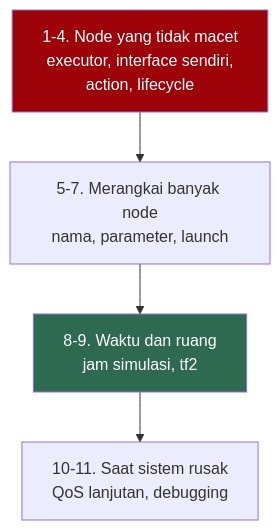
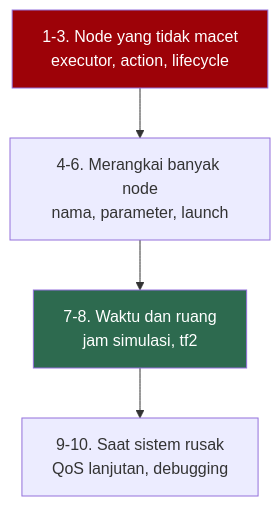
One commit to kcv-if/Modul-Robotika changed the first of 4 diagrams in ROS 2/lanjutan-ros2.md. Above: the diagram before and after it, drawn with Mermaid. The commit also changed other lines of this file and 1 other file, not shown here.

First line of the commit message:
docs: move custom interfaces from lanjutan to dasar ros2

````diff
--- a/ROS 2/lanjutan-ros2.md
+++ b/ROS 2/lanjutan-ros2.md
@@ -11,9 +11,9 @@
 ```mermaid
 graph TD
-    A["1-4. Node yang tidak macet<br/>executor, interface sendiri,<br/>action, lifecycle"] --> B["5-7. Merangkai banyak node<br/>nama, parameter, launch"]
-    B --> C["8-9. Waktu dan ruang<br/>jam simulasi, tf2"]
-    C --> D["10-11. Saat sistem rusak<br/>QoS lanjutan, debugging"]
+    A["1-3. Node yang tidak macet<br/>executor, action, lifecycle"] --> B["4-6. Merangkai banyak node<br/>nama, parameter, launch"]
+    B --> C["7-8. Waktu dan ruang<br/>jam simulasi, tf2"]
+    C --> D["9-10. Saat sistem rusak<br/>QoS lanjutan, debugging"]
 
     style A fill:#9d0208,color:#fff
     style C fill:#2d6a4f,color:#fff
 ```
````
